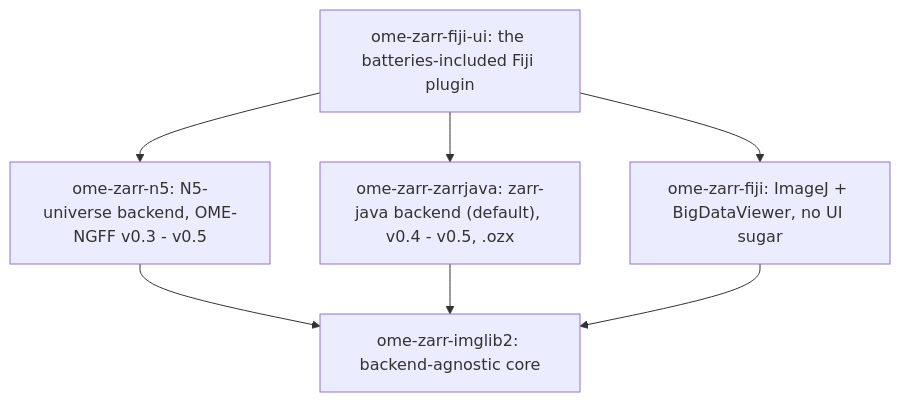
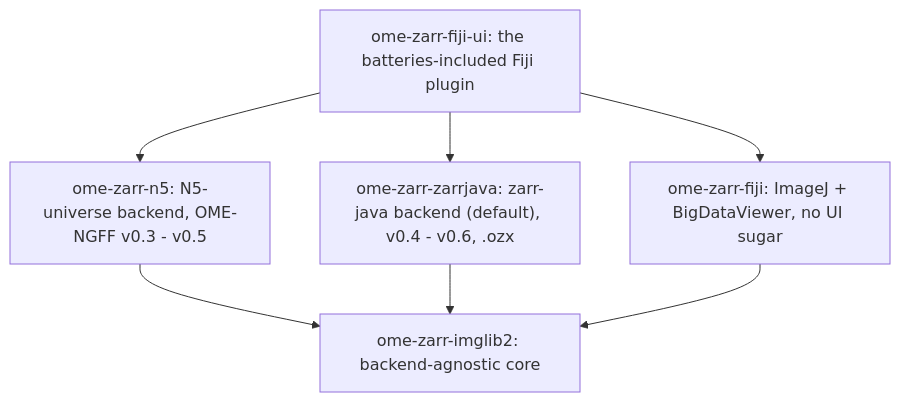
One commit to BioImageTools/ome-zarr-fiji-java changed the first of 3 diagrams in doc/DEVELOPERS.md. Above: the diagram before and after it, drawn with Mermaid. The commit also changed other lines of this file and 5 other files, not shown here.

First line of the commit message:
Read OME-Zarr v0.6 multiscales transformations with zarr-java 0.6.0

````diff
--- a/doc/DEVELOPERS.md
+++ b/doc/DEVELOPERS.md
@@ -25,14 +25,14 @@
 ```mermaid
 graph TD
     UI["ome-zarr-fiji-ui: the batteries-included Fiji plugin"]
     N5["ome-zarr-n5: N5-universe backend, OME-NGFF v0.3 - v0.5"]
-    ZJ["ome-zarr-zarrjava: zarr-java backend (default), v0.4 - v0.5, .ozx"]
+    ZJ["ome-zarr-zarrjava: zarr-java backend (default), v0.4 - v0.6, .ozx"]
     FIJI["ome-zarr-fiji: ImageJ + BigDataViewer, no UI sugar"]
     CORE["ome-zarr-imglib2: backend-agnostic core"]
     UI --> N5
     UI --> ZJ
     UI --> FIJI
     N5 --> CORE
     ZJ --> CORE
     FIJI --> CORE
 ```
````
